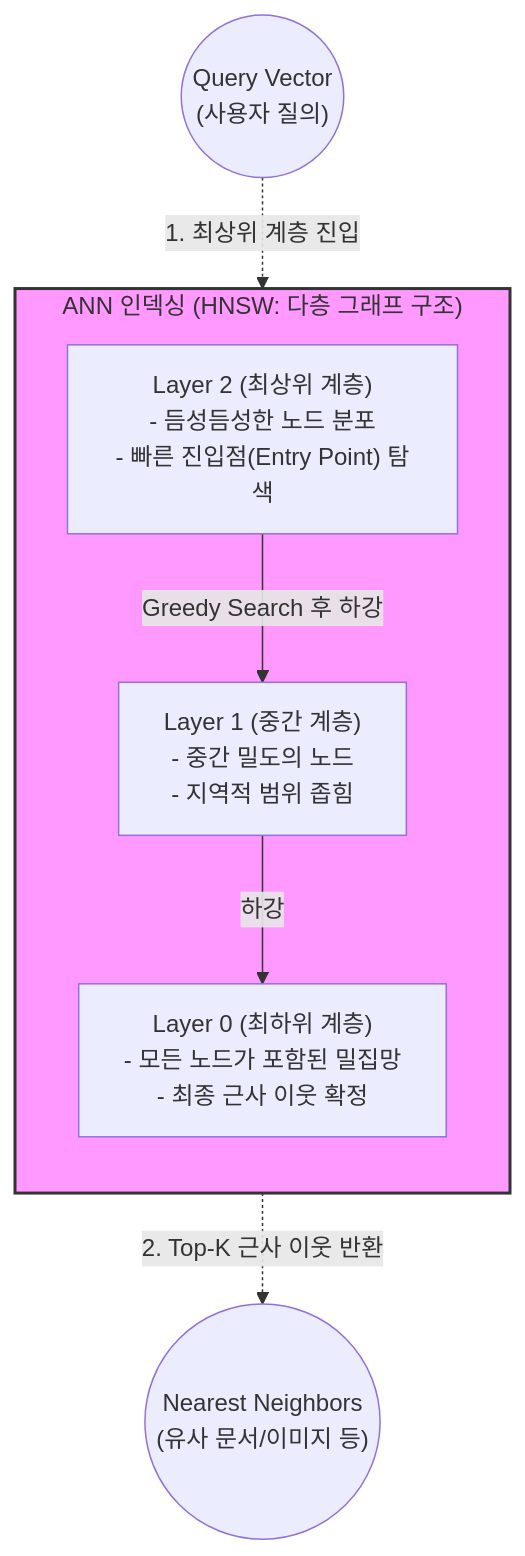
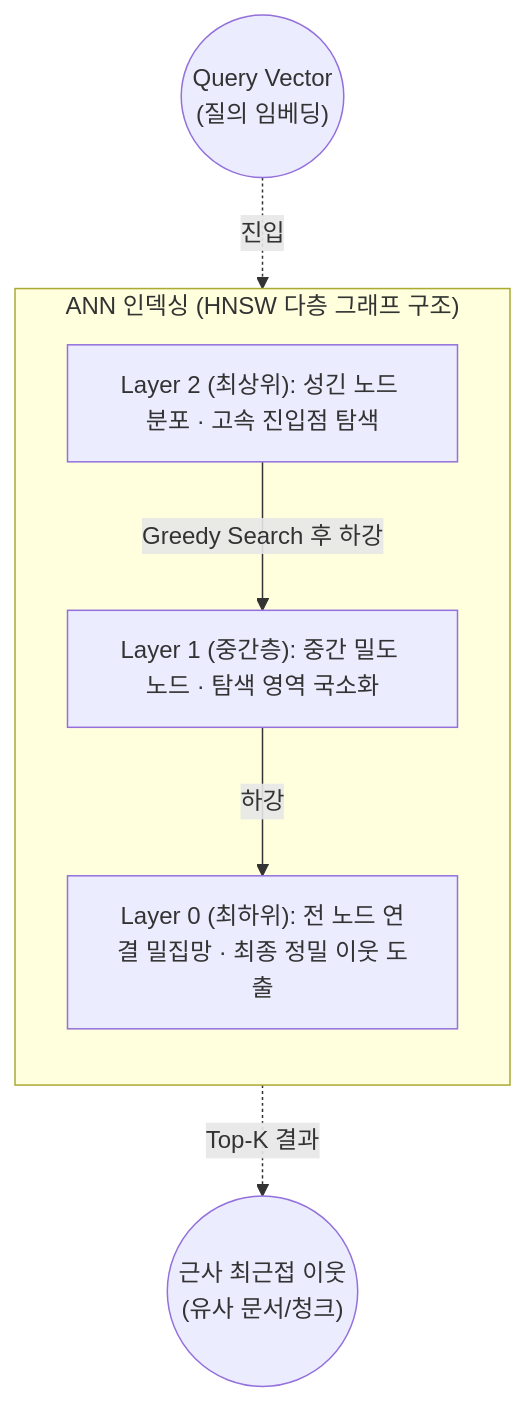
Before and after one commit to supremethumb/supremethumb.github.io: the diagram in content/01_IT Tech/ANN(Approximate Nearest Neighbor)알고리즘.md, drawn with Mermaid. The commit also changed other lines of this file and 362 other files, not shown here.

````diff
--- a/content/01_IT Tech/ANN(Approximate Nearest Neighbor)알고리즘.md
+++ b/content/01_IT Tech/ANN(Approximate Nearest Neighbor)알고리즘.md
@@ -23,21 +37,17 @@
 ```mermaid
 flowchart TB
-    Query(("Query Vector<br/>(사용자 질의)"))
+    Query(("Query Vector<br/>(질의 임베딩)"))
 
-    subgraph ANN_Index["ANN 인덱싱 (HNSW: 다층 그래프 구조)"]
+    subgraph ANN_Index ["ANN 인덱싱 (HNSW 다층 그래프 구조)"]
         direction TB
-        L2["Layer 2 (최상위 계층)<br/>- 듬성듬성한 노드 분포<br/>- 빠른 진입점(Entry Point) 탐색"]
-        L1["Layer 1 (중간 계층)<br/>- 중간 밀도의 노드<br/>- 지역적 범위 좁힘"]
-        L0["Layer 0 (최하위 계층)<br/>- 모든 노드가 포함된 밀집망<br/>- 최종 근사 이웃 확정"]
+        L2["Layer 2 (최상위): 성긴 노드 분포 · 고속 진입점 탐색"]
+        L1["Layer 1 (중간층): 중간 밀도 노드 · 탐색 영역 국소화"]
+        L0["Layer 0 (최하위): 전 노드 연결 밀집망 · 최종 정밀 이웃 도출"]
         
         L2 -- "Greedy Search 후 하강" --> L1
         L1 -- "하강" --> L0
     end
 
-    Query -. "1. 최상위 계층 진입" .-> L2
-    L0 -. "2. Top-K 근사 이웃 반환" .-> Result(("Nearest Neighbors<br/>(유사 문서/이미지 등)"))
-    
-    classDef highlight fill:#f9f,stroke:#333,stroke-width:2px;
-    class ANN_Index highlight;
-
+    Query -. "진입" .-> L2
+    L0 -. "Top-K 결과" .-> Result(("근사 최근접 이웃<br/>(유사 문서/청크)"))
 ```
````
